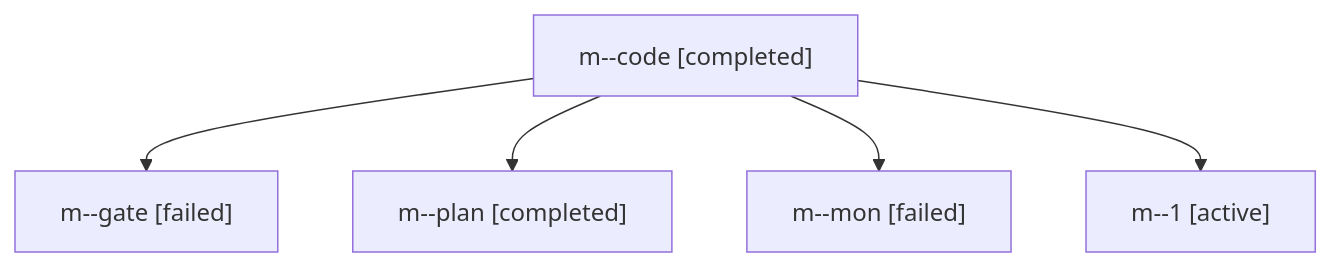
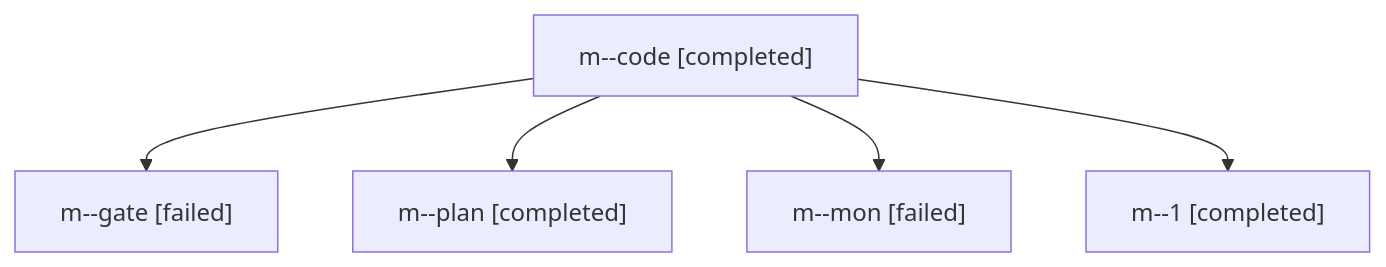
The diagram in sessions/bbugyi200.kellys_mbp.m.md (sase-org/sase--agents), drawn with Mermaid before and after one commit. The commit also changed other lines of this file and 12 other files, not shown here.

````diff
--- a/sessions/bbugyi200.kellys_mbp.m.md
+++ b/sessions/bbugyi200.kellys_mbp.m.md
@@ -9,12 +9,12 @@
 ```mermaid
 flowchart TD
   n0["m--code [completed]"]
   n1["m--gate [failed]"]
   n0 --> n1
   n2["m--plan [completed]"]
   n0 --> n2
   n3["m--mon [failed]"]
   n0 --> n3
-  n4["m--1 [active]"]
+  n4["m--1 [completed]"]
   n0 --> n4
 ```
````
